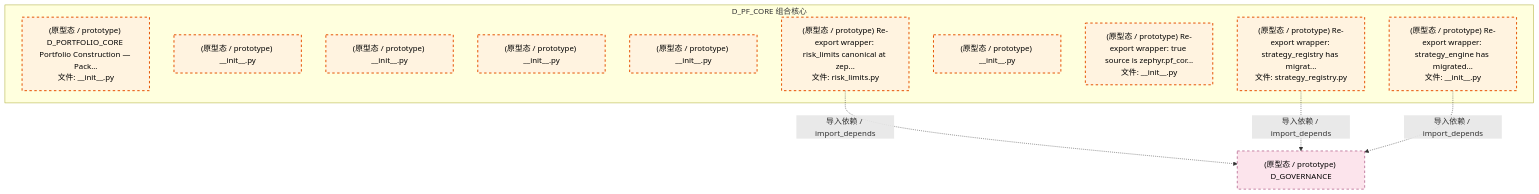
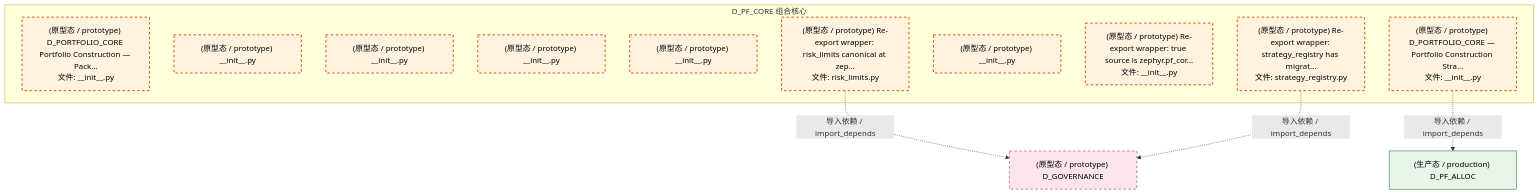
Before and after one commit to xuanFelixVan/ZephyrAlpha: the third of 4 diagrams in docs/02_enterprise_architecture/02_domain_architecture_docs/50_d_pf_core.md, drawn with Mermaid. The commit also changed other lines of this file and 112 other files, not shown here.

````diff
--- a/docs/02_enterprise_architecture/02_domain_architecture_docs/50_d_pf_core.md
+++ b/docs/02_enterprise_architecture/02_domain_architecture_docs/50_d_pf_core.md
@@ -143,25 +145,27 @@
 ```mermaid
 graph TD
     subgraph D_PF_CORE["D_PF_CORE 组合核心"]
         src_zephyr_pf_core_init_py["(原型态 / prototype) D_PORTFOLIO_CORE Portfolio Construction — Pack...<br/>文件: __init__.py"]
         src_zephyr_pf_core_extensions_init_py["(原型态 / prototype) __init__.py"]
         src_zephyr_pf_core_api_init_py["(原型态 / prototype) __init__.py"]
         src_zephyr_pf_core_core_init_py["(原型态 / prototype) __init__.py"]
         src_zephyr_pf_core_infrastructure_init_py["(原型态 / prototype) __init__.py"]
         src_zephyr_pf_core_risk_limits_py["(原型态 / prototype) Re-export wrapper: risk_limits canonical at zep...<br/>文件: risk_limits.py"]
         src_zephyr_pf_core_services_init_py["(原型态 / prototype) __init__.py"]
         src_zephyr_pf_core_strategies_init_py["(原型态 / prototype) Re-export wrapper: true source is zephyr.pf_cor...<br/>文件: __init__.py"]
-        src_zephyr_pf_core_strategy_engine_init_py["(原型态 / prototype) Re-export wrapper: strategy_engine has migrated...<br/>文件: __init__.py"]
+        src_zephyr_pf_core_strategy_engine_init_py["(原型态 / prototype) D_PORTFOLIO_CORE — Portfolio Construction Stra...<br/>文件: __init__.py"]
         src_zephyr_pf_core_strategy_registry_py["(原型态 / prototype) Re-export wrapper: strategy_registry has migrat...<br/>文件: strategy_registry.py"]
     end
     D_GOVERNANCE["(原型态 / prototype) D_GOVERNANCE"]
     src_zephyr_pf_core_risk_limits_py -.->|导入依赖 / import_depends| D_GOVERNANCE
     src_zephyr_pf_core_strategy_registry_py -.->|导入依赖 / import_depends| D_GOVERNANCE
-    src_zephyr_pf_core_strategy_engine_init_py -.->|导入依赖 / import_depends| D_GOVERNANCE
+    D_PF_ALLOC["(生产态 / production) D_PF_ALLOC"]
+    src_zephyr_pf_core_strategy_engine_init_py -.->|导入依赖 / import_depends| D_PF_ALLOC
     classDef production fill:#e1f5fe,stroke:#01579b,stroke-width:2px,color:#000
     classDef design fill:#fff3e0,stroke:#e65100,stroke-width:2px,color:#000,stroke-dasharray: 5 5
     classDef external_prod fill:#e8f5e9,stroke:#1b5e20,stroke-width:1px,color:#000
     classDef external_design fill:#fce4ec,stroke:#880e4f,stroke-width:1px,color:#000,stroke-dasharray: 5 5
     class src_zephyr_pf_core_init_py,src_zephyr_pf_core_extensions_init_py,src_zephyr_pf_core_api_init_py,src_zephyr_pf_core_core_init_py,src_zephyr_pf_core_infrastructure_init_py,src_zephyr_pf_core_risk_limits_py,src_zephyr_pf_core_services_init_py,src_zephyr_pf_core_strategies_init_py,src_zephyr_pf_core_strategy_engine_init_py,src_zephyr_pf_core_strategy_registry_py design
+    class D_PF_ALLOC external_prod
     class D_GOVERNANCE external_design
 ```
````
